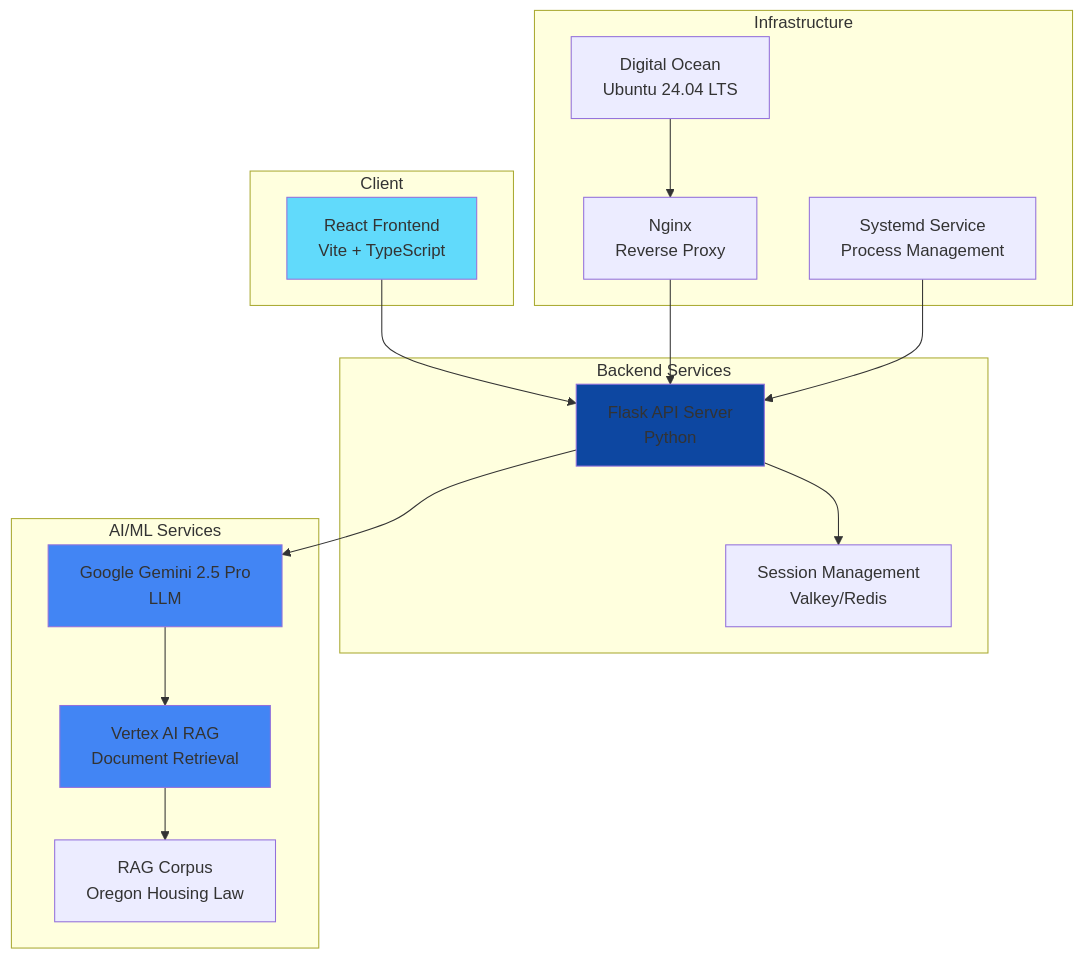
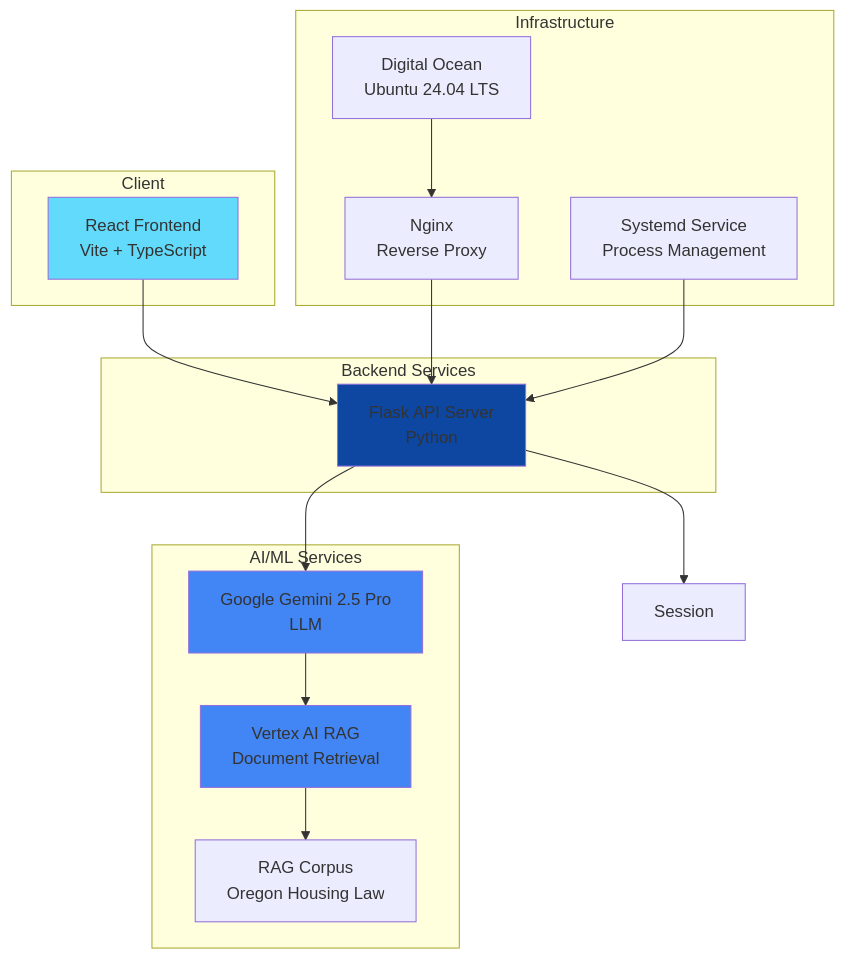
Before and after one commit to lee-coates/tenantfirstaid: the first of 9 diagrams in Architecture.md, drawn with Mermaid. The commit also changed other lines of this file and 3 other files, not shown here.

First line of the commit message:
remove vestigial `redis` & `valkey` dependencies (#207)

````diff
--- a/Architecture.md
+++ b/Architecture.md
@@ -9,37 +9,36 @@
 ```mermaid
 graph TB
     subgraph "Client"
         Frontend[React Frontend<br/>Vite + TypeScript]
     end
     
     subgraph "Backend Services"
         API[Flask API Server<br/>Python]
-        Session[Session Management<br/>Valkey/Redis]
     end
     
     subgraph "AI/ML Services"
         Gemini[Google Gemini 2.5 Pro<br/>LLM]
         RAG[Vertex AI RAG<br/>Document Retrieval]
         Corpus[RAG Corpus<br/>Oregon Housing Law]
     end
     
     subgraph "Infrastructure"
         Nginx[Nginx<br/>Reverse Proxy]
         DO[Digital Ocean<br/>Ubuntu 24.04 LTS]
         Systemd[Systemd Service<br/>Process Management]
     end
     
     Frontend --> API
     API --> Session
     API --> Gemini
     Gemini --> RAG
     RAG --> Corpus
     Nginx --> API
     DO --> Nginx
     Systemd --> API
     
     style Frontend fill:#61dafb
     style API fill:#0d47a1
     style Gemini fill:#4285f4
     style RAG fill:#4285f4
 ```
````
